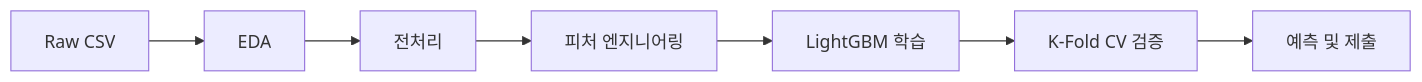
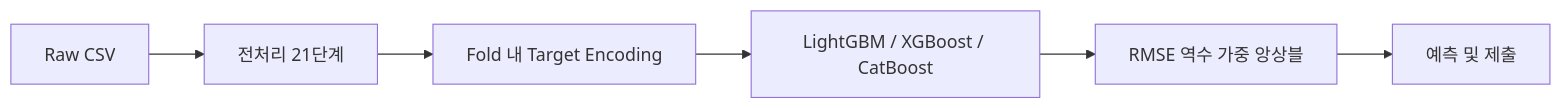
The first of 5 diagrams in README.md (FastAI-24/Eda-processing), drawn with Mermaid before and after one commit. The commit also changed other lines of this file and 5 other files, not shown here.

````diff
--- a/README.md
+++ b/README.md
@@ -13,9 +13,8 @@
 ```mermaid
 graph LR
-    A[Raw CSV] --> B[EDA]
-    B --> C[전처리]
-    C --> D[피처 엔지니어링]
-    D --> E[LightGBM 학습]
-    E --> F[K-Fold CV 검증]
-    F --> G[예측 및 제출]
+    A[Raw CSV] --> B[전처리 21단계]
+    B --> C[Fold 내 Target Encoding]
+    C --> D[LightGBM / XGBoost / CatBoost]
+    D --> E[RMSE 역수 가중 앙상블]
+    E --> F[예측 및 제출]
 ```
````
